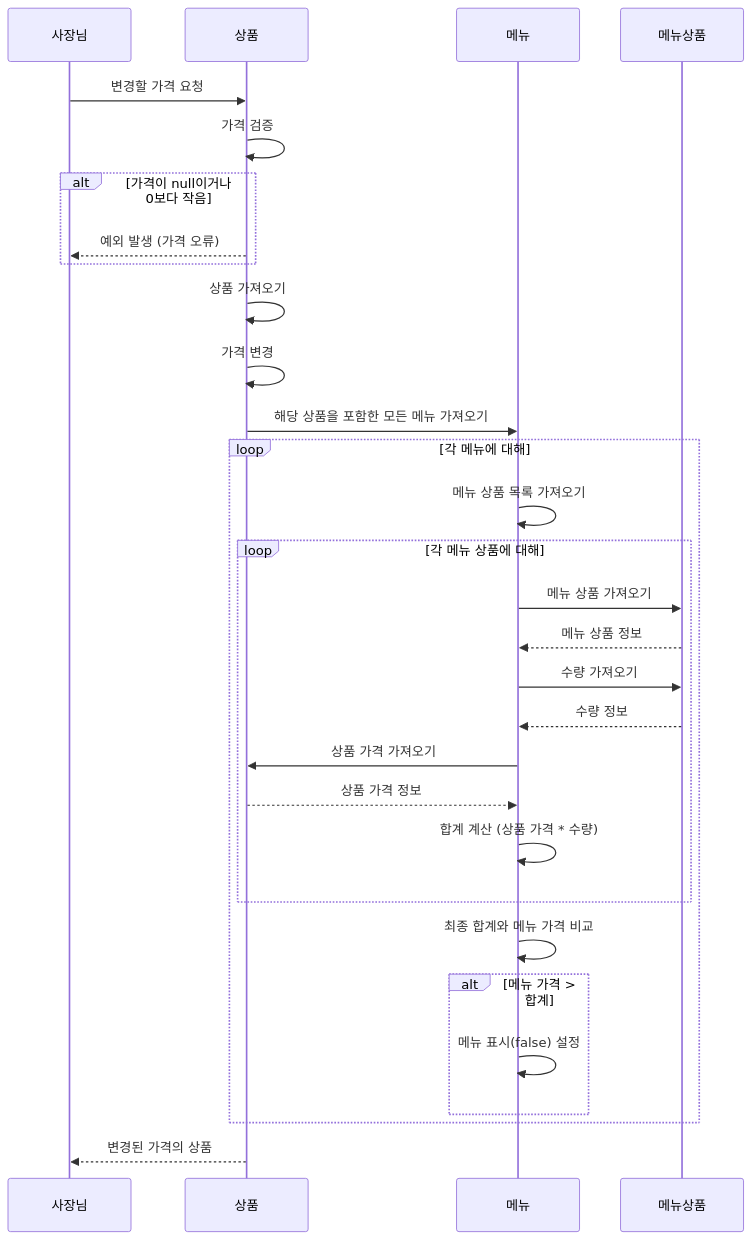
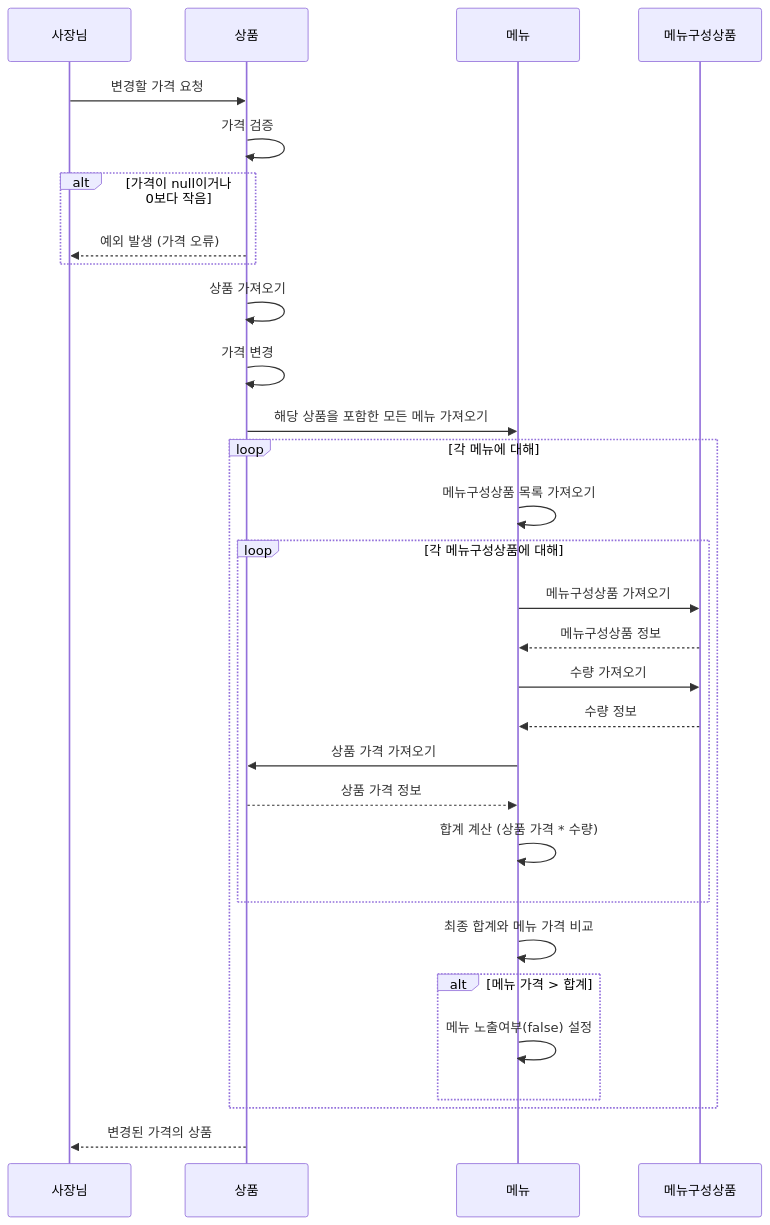
Before and after one commit to mj950425/ddd-strategic-design: the first of 7 diagrams in README.md, drawn with Mermaid. The commit also changed other lines of this file, not shown here.

````diff
--- a/README.md
+++ b/README.md
@@ -268,32 +269,32 @@
 ```mermaid  
 sequenceDiagram
     participant 사장님
     participant 상품
     participant 메뉴
-    participant 메뉴상품
+    participant 메뉴구성상품
     사장님 ->> 상품: 변경할 가격 요청
     상품 ->> 상품: 가격 검증
     alt 가격이 null이거나 0보다 작음
         상품 -->> 사장님: 예외 발생 (가격 오류)
     end
     상품 ->> 상품: 상품 가져오기
     상품 ->> 상품: 가격 변경
     상품 ->> 메뉴: 해당 상품을 포함한 모든 메뉴 가져오기
     loop 각 메뉴에 대해
-        메뉴 ->> 메뉴: 메뉴 상품 목록 가져오기
-        loop 각 메뉴 상품에 대해
-            메뉴 ->> 메뉴상품: 메뉴 상품 가져오기
-            메뉴상품 -->> 메뉴: 메뉴 상품 정보
-            메뉴 ->> 메뉴상품: 수량 가져오기
-            메뉴상품 -->> 메뉴: 수량 정보
+        메뉴 ->> 메뉴: 메뉴구성상품 목록 가져오기
+        loop 각 메뉴구성상품에 대해
+            메뉴 ->> 메뉴구성상품: 메뉴구성상품 가져오기
+            메뉴구성상품 -->> 메뉴: 메뉴구성상품 정보
+            메뉴 ->> 메뉴구성상품: 수량 가져오기
+            메뉴구성상품 -->> 메뉴: 수량 정보
             메뉴 ->> 상품: 상품 가격 가져오기
             상품 -->> 메뉴: 상품 가격 정보
             메뉴 ->> 메뉴: 합계 계산 (상품 가격 * 수량)
         end
         메뉴 ->> 메뉴: 최종 합계와 메뉴 가격 비교
         alt 메뉴 가격 > 합계
-            메뉴 ->> 메뉴: 메뉴 표시(false) 설정
+            메뉴 ->> 메뉴: 메뉴 노출여부(false) 설정
         end end
     상품 -->> 사장님: 변경된 가격의 상품
 
 ```  
````
